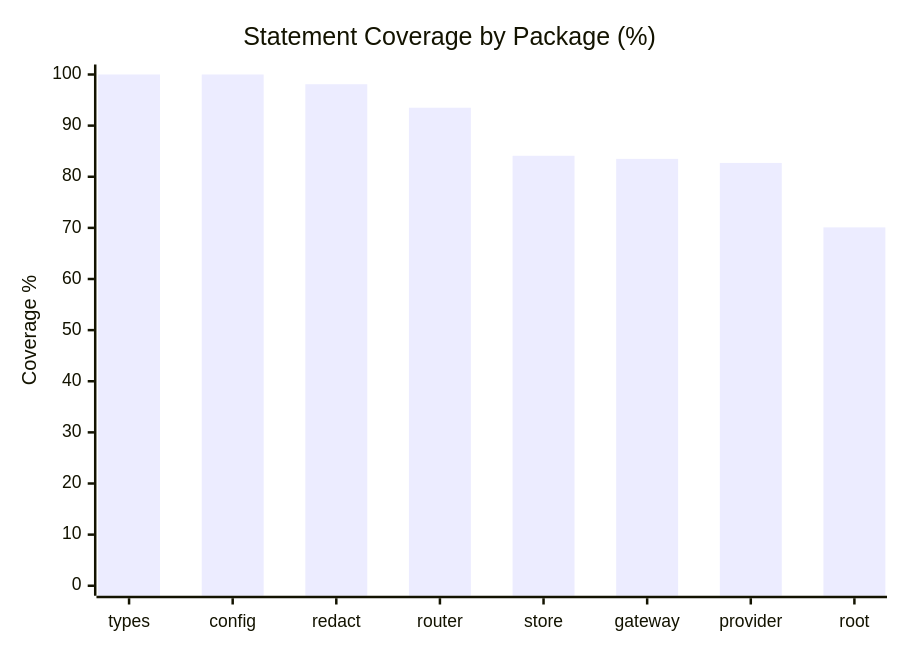
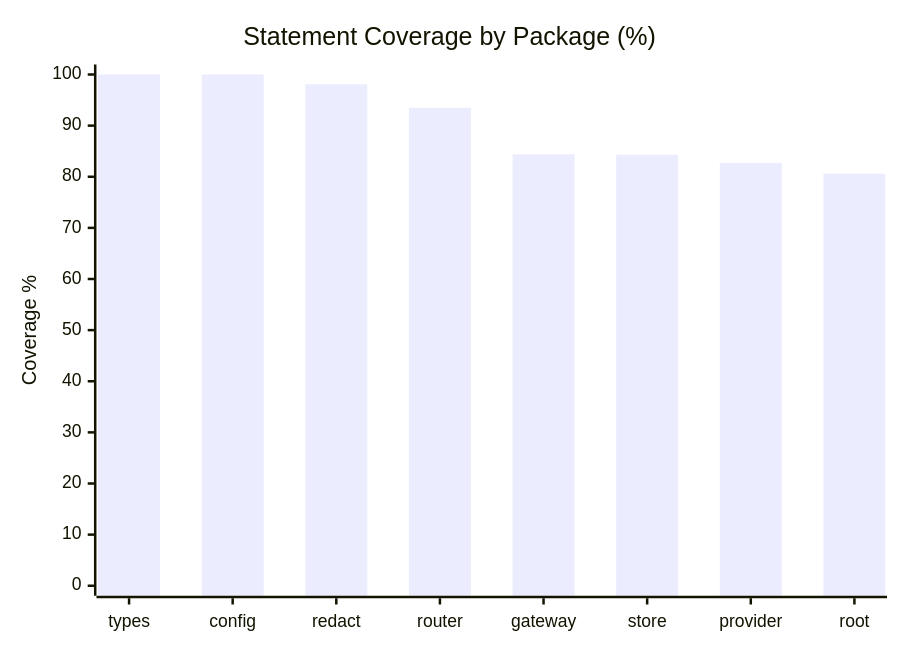
One commit to thomascherickal/go-ai-gateway changed the first of 2 diagrams in metrics.md. Above: the diagram before and after it, drawn with Mermaid. The commit also changed other lines of this file and 5 other files, not shown here.

Commit message:
test: add main serveHandler hook and store/gateway fault-injection tests (86.1% coverage)

````diff
--- a/metrics.md
+++ b/metrics.md
@@ -5,7 +5,7 @@
 ```mermaid
 xychart-beta
   title "Statement Coverage by Package (%)"
-  x-axis ["types", "config", "redact", "router", "store", "gateway", "provider", "root"]
+  x-axis ["types", "config", "redact", "router", "gateway", "store", "provider", "root"]
   y-axis "Coverage %" 0 --> 100
-  bar [100.0, 100.0, 98.1, 93.5, 84.1, 83.5, 82.7, 70.1]
+  bar [100.0, 100.0, 98.1, 93.5, 84.4, 84.3, 82.7, 80.6]
 ```
````
